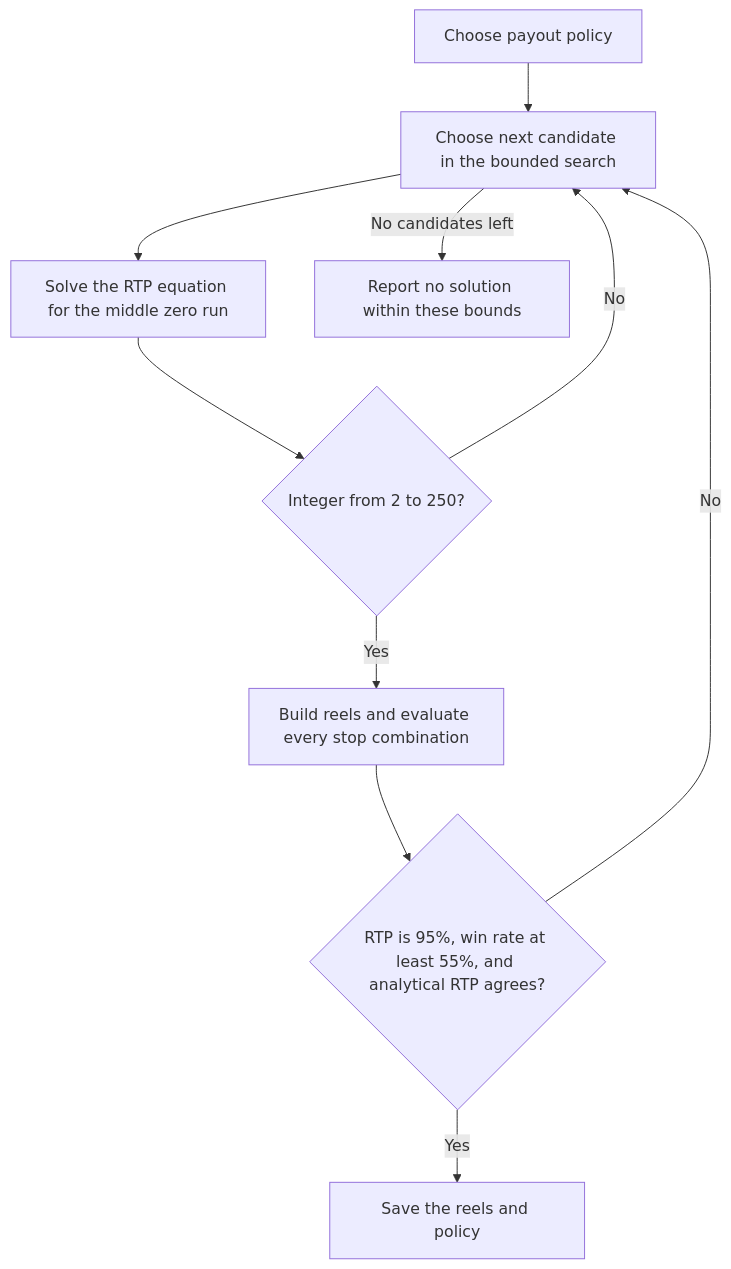
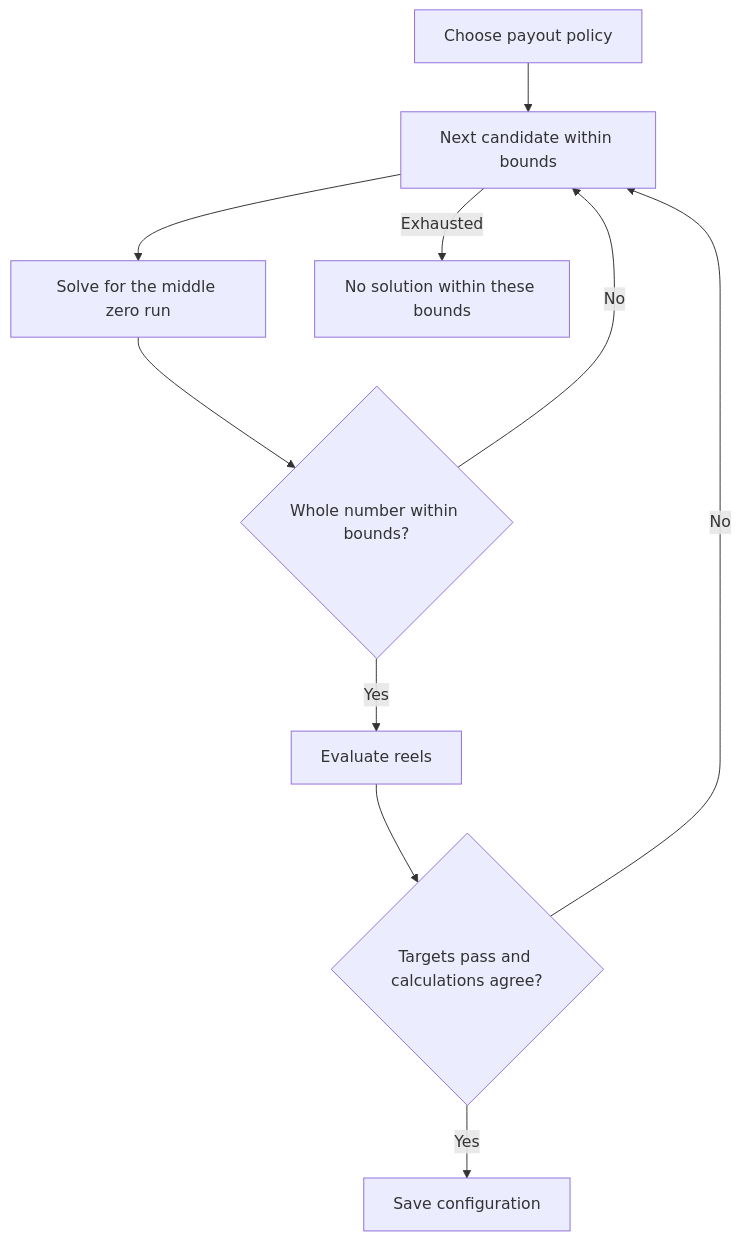
Before and after one commit to Laihu08/opennet-homework: the second of 3 diagrams in README.md, drawn with Mermaid. The commit also changed other lines of this file and 19 other files, not shown here.

````diff
--- a/README.md
+++ b/README.md
@@ -130,12 +117,12 @@
 ```mermaid
 flowchart TD
-    A[Choose payout policy] --> B[Choose next candidate in the bounded search]
-    B --> C[Solve the RTP equation for the middle zero run]
-    C --> D{Integer from 2 to 250?}
+    A[Choose payout policy] --> B[Next candidate within bounds]
+    B --> C[Solve for the middle zero run]
+    C --> D{Whole number within bounds?}
     D -- No --> B
-    D -- Yes --> E[Build reels and evaluate every stop combination]
-    E --> F{RTP is 95%, win rate at least 55%, and analytical RTP agrees?}
+    D -- Yes --> E[Evaluate reels]
+    E --> F{Targets pass and calculations agree?}
     F -- No --> B
-    F -- Yes --> G[Save the reels and policy]
-    B -- No candidates left --> H[Report no solution within these bounds]
+    F -- Yes --> G[Save configuration]
+    B -- Exhausted --> H[No solution within these bounds]
 ```
````
